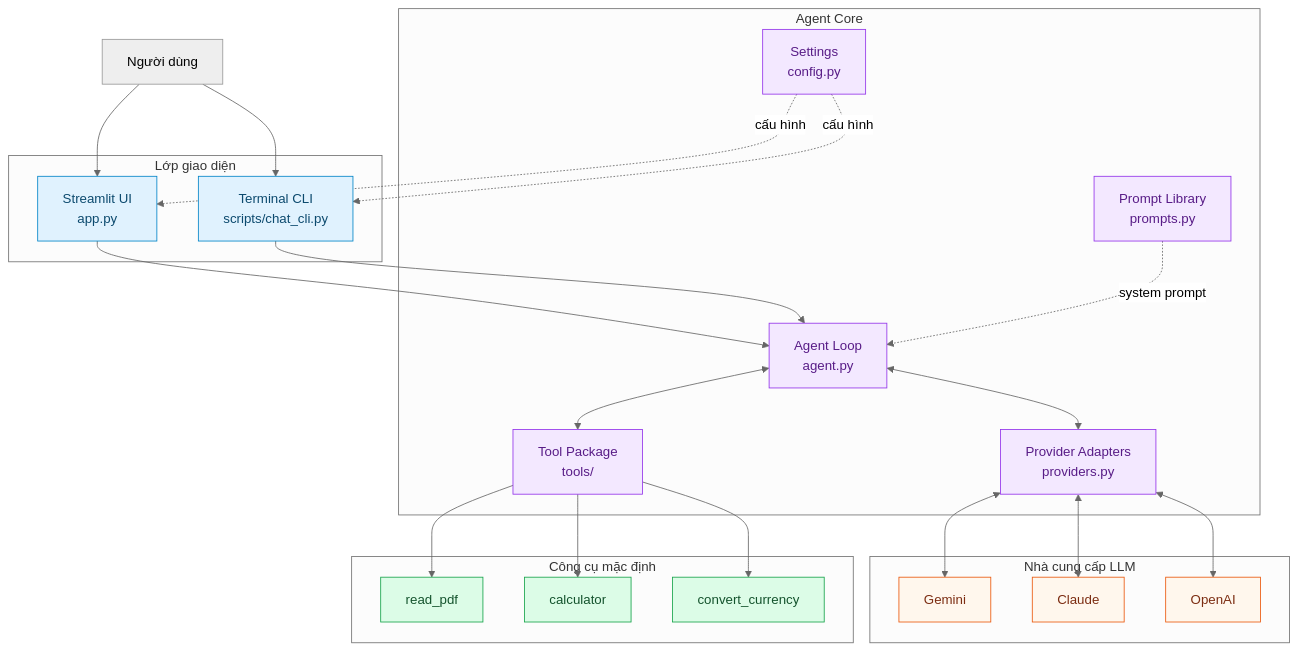
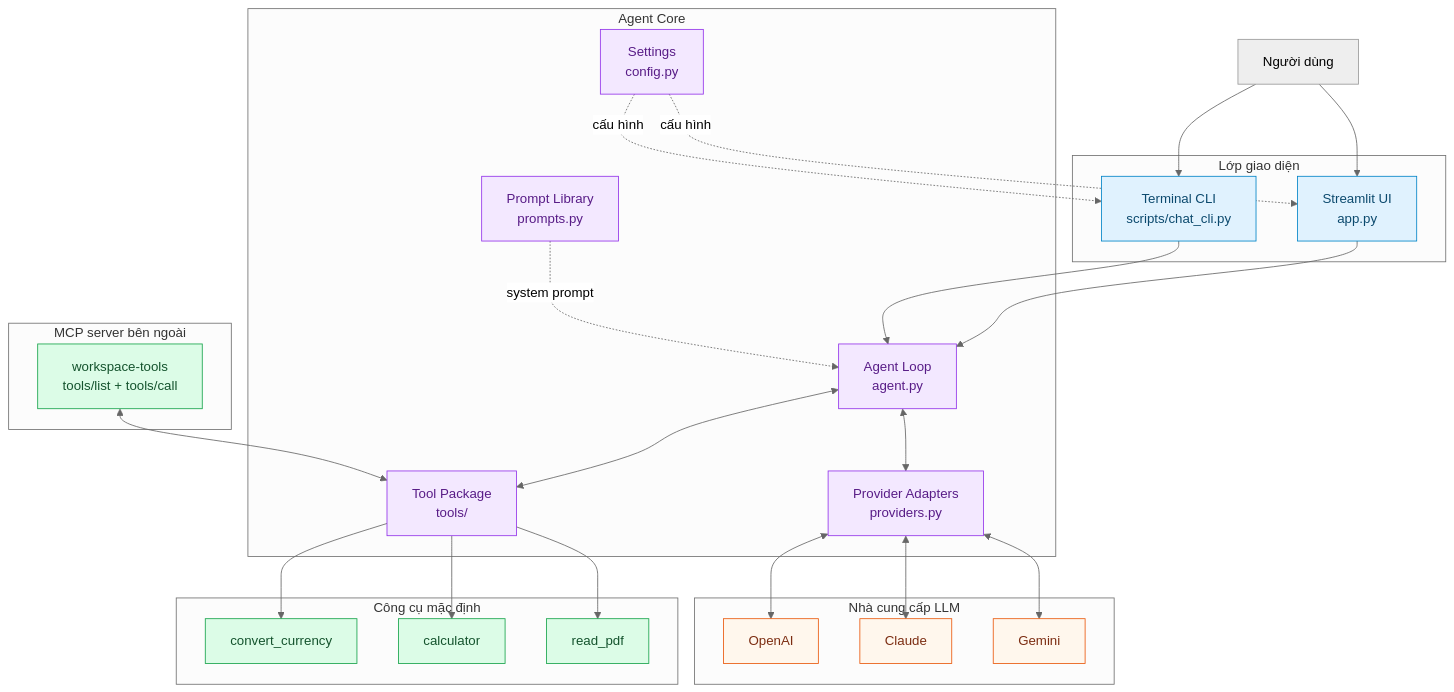
The second of 4 diagrams in README.md (breslee1707/AI_AGENT_FROM_ZERO), drawn with Mermaid (neutral theme) before and after one commit. The commit also changed other lines of this file and 20 other files, not shown here.

Commit message:
feat: discover and call tools from MCP servers

````diff
--- a/README.md
+++ b/README.md
@@ -68,54 +69,60 @@
 ```mermaid
 flowchart TB
     U["Người dùng"]
 
     subgraph I["Lớp giao diện"]
         WEB["Streamlit UI<br/>app.py"]
         CLI["Terminal CLI<br/>scripts/chat_cli.py"]
     end
 
     subgraph C["Agent Core"]
         AGENT["Agent Loop<br/>agent.py"]
         PROMPT["Prompt Library<br/>prompts.py"]
         CONFIG["Settings<br/>config.py"]
         ADAPTER["Provider Adapters<br/>providers.py"]
         REGISTRY["Tool Package<br/>tools/"]
     end
 
     subgraph L["Nhà cung cấp LLM"]
         GEMINI["Gemini"]
         CLAUDE["Claude"]
         OPENAI["OpenAI"]
     end
 
     subgraph T["Công cụ mặc định"]
         PDF["read_pdf"]
         CALC["calculator"]
         FX["convert_currency"]
     end
 
+    subgraph M["MCP server bên ngoài"]
+        MCP["workspace-tools<br/>tools/list + tools/call"]
+    end
+
     U --> WEB
     U --> CLI
     WEB --> AGENT
     CLI --> AGENT
     CONFIG -. cấu hình .-> WEB
     CONFIG -. cấu hình .-> CLI
     PROMPT -. system prompt .-> AGENT
     AGENT <--> ADAPTER
     ADAPTER <--> GEMINI
     ADAPTER <--> CLAUDE
     ADAPTER <--> OPENAI
     AGENT <--> REGISTRY
     REGISTRY --> PDF
     REGISTRY --> CALC
     REGISTRY --> FX
+    MCP <--> REGISTRY
 
     classDef interface fill:#E0F2FE,stroke:#0284C7,color:#0C4A6E;
     classDef core fill:#F3E8FF,stroke:#9333EA,color:#581C87;
     classDef provider fill:#FFF7ED,stroke:#EA580C,color:#7C2D12;
     classDef tool fill:#DCFCE7,stroke:#16A34A,color:#14532D;
     class WEB,CLI interface;
     class AGENT,PROMPT,CONFIG,ADAPTER,REGISTRY core;
     class GEMINI,CLAUDE,OPENAI provider;
     class PDF,CALC,FX tool;
+    class MCP tool;
 ```
````
